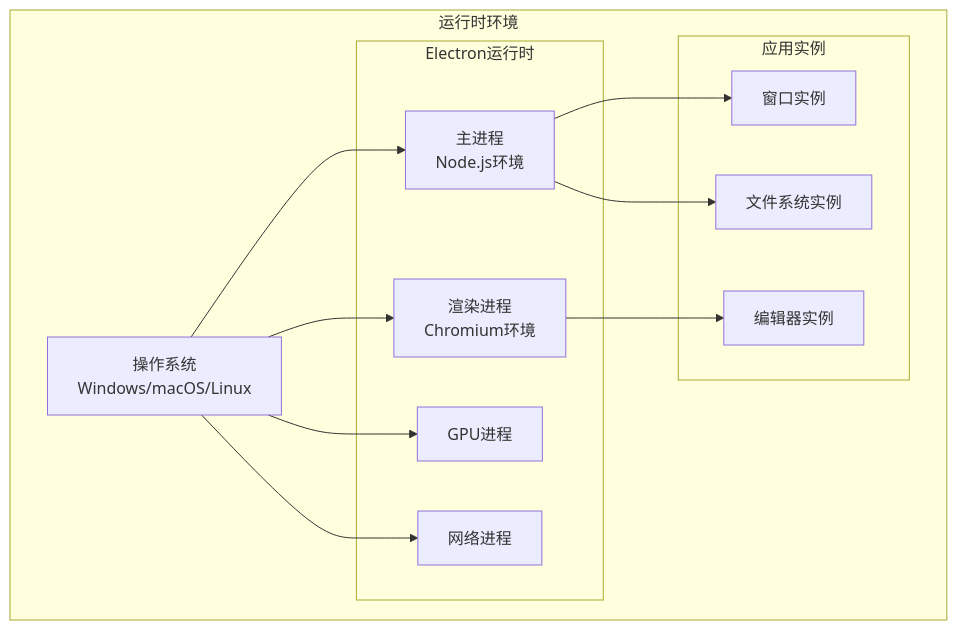
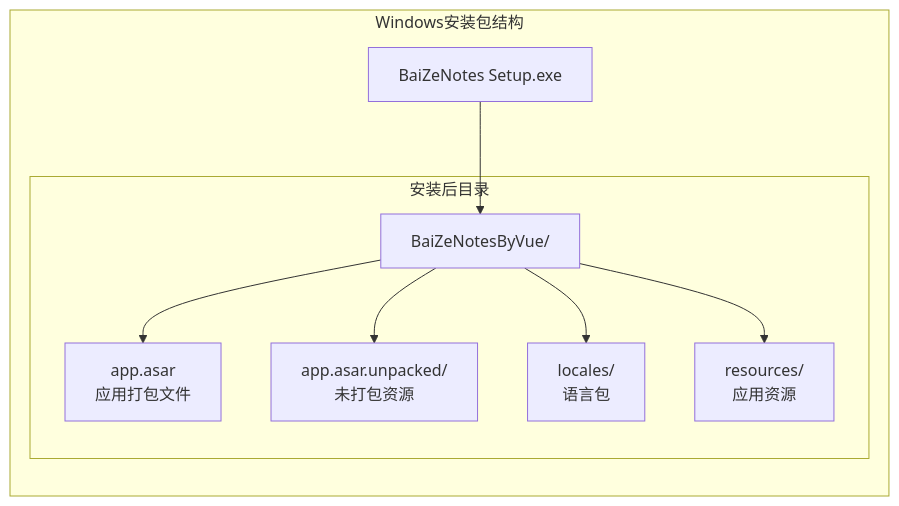
Before and after one commit to hemy08/BaiZeNotesByVue: the tenth of 34 diagrams in doc/架构文档.md, drawn with Mermaid. The commit also changed other lines of this file and 41 other files, not shown here.

````diff
--- a/doc/架构文档.md
+++ b/doc/架构文档.md
@@ -655,28 +418,16 @@
 ```mermaid
-graph TB
-    subgraph "运行时环境"
-        A[操作系统<br/>Windows/macOS/Linux]
-
-        subgraph "Electron运行时"
-            B1[主进程<br/>Node.js环境]
-            B2[渲染进程<br/>Chromium环境]
-            B3[GPU进程]
-            B4[网络进程]
+graph LR
+    subgraph Windows安装包结构
+        EXE[BaiZeNotes Setup.exe]
+        
+        subgraph 安装后目录
+            ROOT[BaiZeNotesByVue/]
+            ROOT --> APP[app.asar<br/>应用打包文件]
+            ROOT --> APP_UNPACKED[app.asar.unpacked/<br/>未打包资源]
+            ROOT --> LOCALES[locales/<br/>语言包]
+            ROOT --> RESOURCES[resources/<br/>应用资源]
         end
-
-        subgraph "应用实例"
-            C1[窗口实例]
-            C2[编辑器实例]
-            C3[文件系统实例]
-        end
+        
+        EXE --> ROOT
     end
-
-    A --> B1
-    A --> B2
-    A --> B3
-    A --> B4
-
-    B1 --> C1
-    B2 --> C2
-    B1 --> C3
 ```
````
